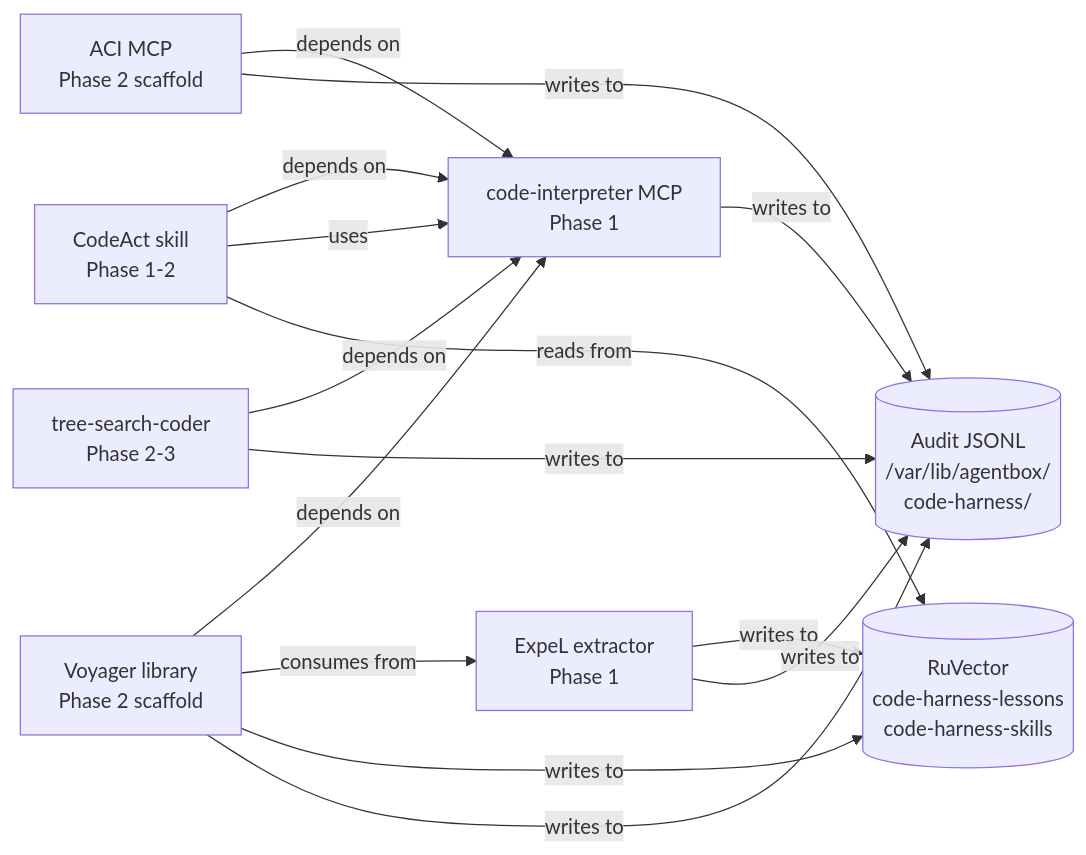
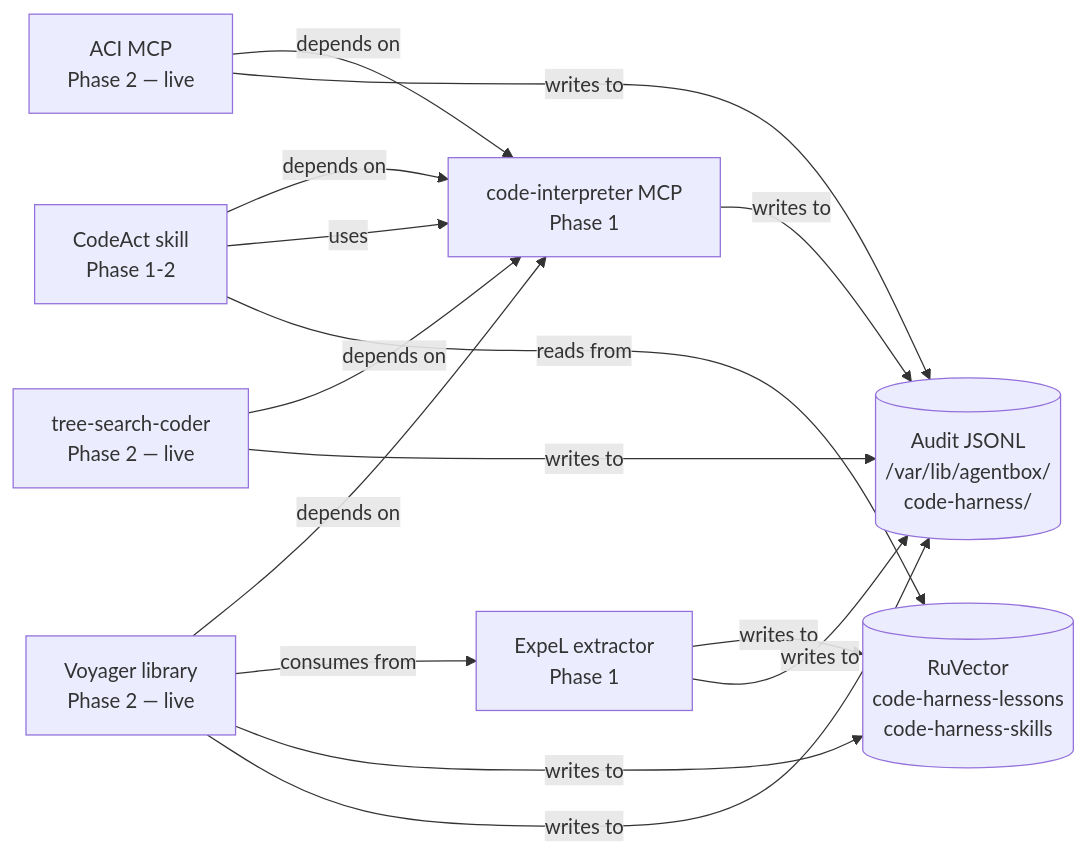
One commit to DreamLab-AI/agentbox changed the diagram in docs/developer/code-as-harness.md. Above: the diagram before and after it, drawn with Mermaid. The commit also changed other lines of this file and 23 other files, not shown here.

````diff
--- a/docs/developer/code-as-harness.md
+++ b/docs/developer/code-as-harness.md
@@ -44,26 +44,26 @@
 ```mermaid
 flowchart LR
     CI[code-interpreter MCP\nPhase 1]
     EX[ExpeL extractor\nPhase 1]
-    AC[ACI MCP\nPhase 2 scaffold]
+    AC[ACI MCP\nPhase 2 — live]
     CA[CodeAct skill\nPhase 1-2]
-    VS[Voyager library\nPhase 2 scaffold]
-    TS[tree-search-coder\nPhase 2-3]
+    VS[Voyager library\nPhase 2 — live]
+    TS[tree-search-coder\nPhase 2 — live]
     RV[(RuVector\ncode-harness-lessons\ncode-harness-skills)]
     AT[(Audit JSONL\n/var/lib/agentbox/\ncode-harness/)]
 
     CA -->|depends on| CI
     VS -->|depends on| CI
     VS -->|consumes from| EX
     TS -->|depends on| CI
     AC -->|depends on| CI
     EX -->|writes to| RV
     VS -->|writes to| RV
     CI -->|writes to| AT
     AC -->|writes to| AT
     EX -->|writes to| AT
     VS -->|writes to| AT
     TS -->|writes to| AT
     CA -->|uses| CI
     CA -->|reads from| RV
 ```
````
